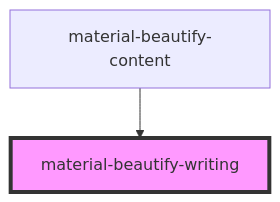
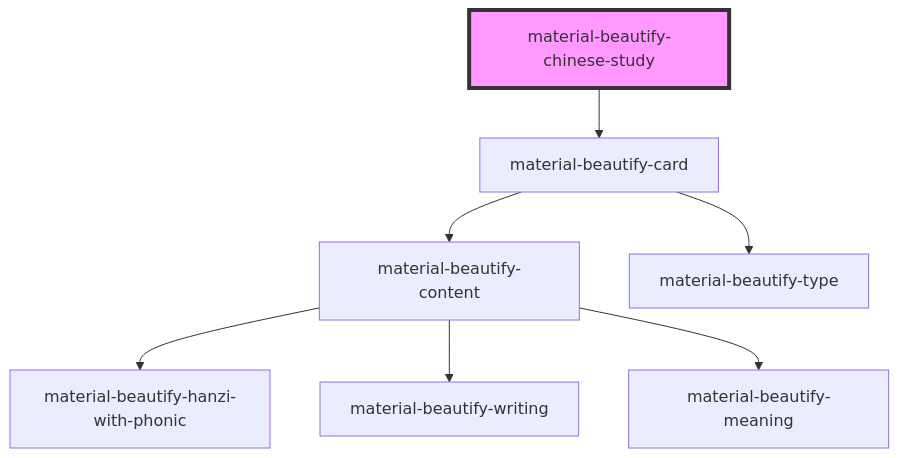
One commit to LoganConnor44/anki-templates changed the diagram in output/components/material-beautify-chinese-study/readme.md. Above: the diagram before and after it, drawn with Mermaid. The commit also changed other lines of this file and 15 other files, not shown here.

````diff
--- a/output/components/material-beautify-chinese-study/readme.md
+++ b/output/components/material-beautify-chinese-study/readme.md
@@ -22,5 +35,10 @@
 ```mermaid
 graph TD;
+  material-beautify-chinese-study --> material-beautify-card
+  material-beautify-card --> material-beautify-content
+  material-beautify-card --> material-beautify-type
+  material-beautify-content --> material-beautify-hanzi-with-phonic
   material-beautify-content --> material-beautify-writing
-  style material-beautify-writing fill:#f9f,stroke:#333,stroke-width:4px
+  material-beautify-content --> material-beautify-meaning
+  style material-beautify-chinese-study fill:#f9f,stroke:#333,stroke-width:4px
 ```
````
